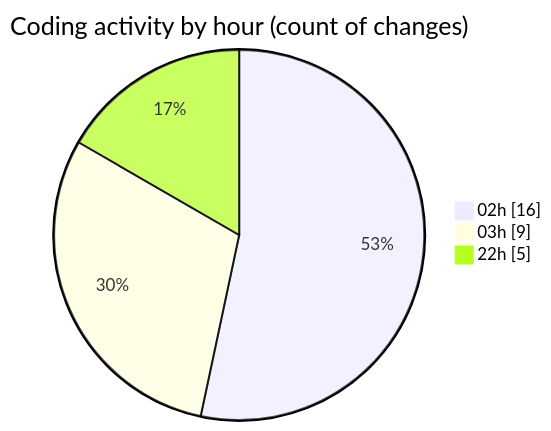
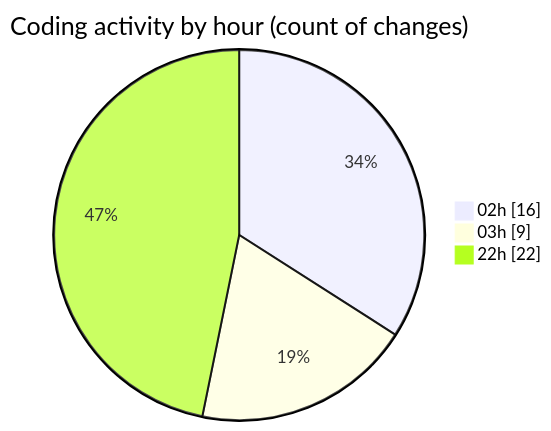
Before and after one commit to lephambinh05/code-tracking: the second of 2 diagrams in 2025-07-31/studybuddy/README.md, drawn with Mermaid. The commit also changed other lines of this file and 1 other file, not shown here.

````diff
--- a/2025-07-31/studybuddy/README.md
+++ b/2025-07-31/studybuddy/README.md
@@ -41,7 +50,7 @@
 ```mermaid
 pie showData
 title Coding activity by hour (count of changes)
 "02h" : 16
 "03h" : 9
-"22h" : 5
+"22h" : 22
 ```
````
